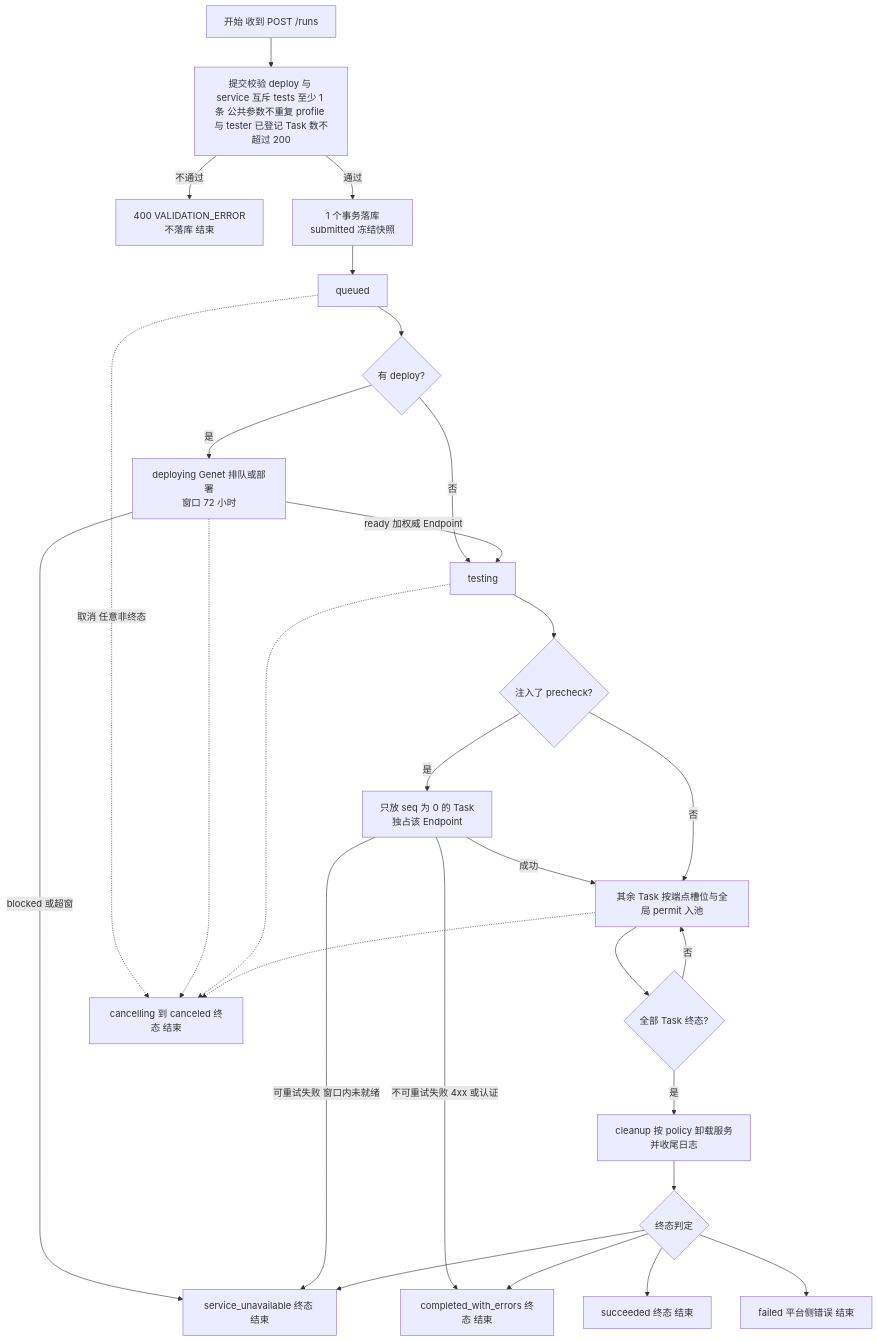
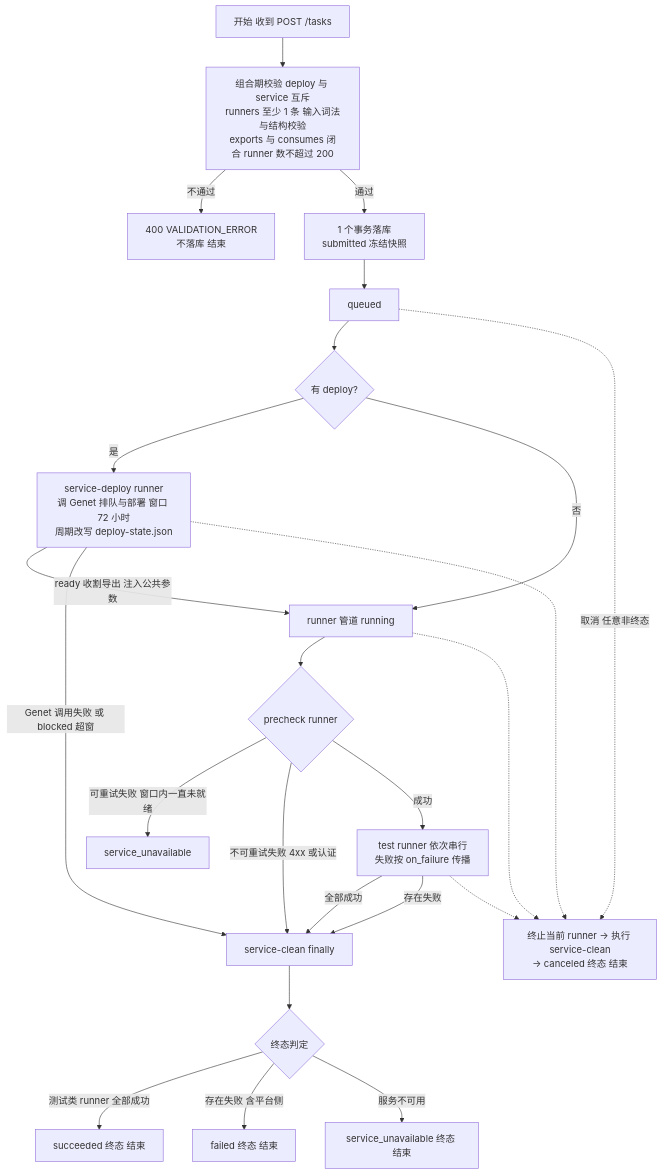
The fifth of 7 diagrams in docs/design/overall-design.md (ucm-system/testplane), drawn with Mermaid before and after one commit. The commit also changed other lines of this file and 471 other files, not shown here.

````diff
--- a/docs/design/overall-design.md
+++ b/docs/design/overall-design.md
@@ -393,31 +402,26 @@
 ```mermaid
 flowchart TD
-  ST0["开始 收到 POST /runs"]
-  ST0 --> VAL["提交校验 deploy 与 service 互斥 tests 至少 1 条 公共参数不重复 profile 与 tester 已登记 Task 数不超过 200"]
+  ST0["开始 收到 POST /tasks"] --> VAL["组合期校验 deploy 与 service 互斥<br/>runners 至少 1 条 输入词法与结构校验<br/>exports 与 consumes 闭合 runner 数不超过 200"]
   VAL -->|"不通过"| BAD["400 VALIDATION_ERROR<br/>不落库 结束"]
   VAL -->|"通过"| S1["1 个事务落库<br/>submitted 冻结快照"]
   S1 --> QD["queued"]
   QD --> HD{"有 deploy?"}
-  HD -->|"是"| DEP["deploying Genet 排队或部署<br/>窗口 72 小时"]
-  HD -->|"否"| TST["testing"]
-  DEP -->|"ready 加权威 Endpoint"| TST
-  DEP -->|"blocked 或超窗"| SU["service_unavailable 终态 结束"]
-  TST --> PC{"注入了 precheck?"}
-  PC -->|"是"| PCR["只放 seq 为 0 的 Task<br/>独占该 Endpoint"]
-  PCR -->|"可重试失败 窗口内未就绪"| SU
-  PCR -->|"不可重试失败 4xx 或认证"| CWE["completed_with_errors 终态 结束"]
-  PCR -->|"成功"| POOL["其余 Task 按端点槽位与全局 permit 入池"]
-  PC -->|"否"| POOL
-  POOL --> ALL{"全部 Task 终态?"}
-  ALL -->|"否"| POOL
-  ALL -->|"是"| CL["cleanup 按 policy 卸载服务并收尾日志"]
+  HD -->|"是"| DEP["service-deploy runner<br/>调 Genet 排队与部署 窗口 72 小时<br/>周期改写 deploy-state.json"]
+  HD -->|"否"| RUN["runner 管道 running"]
+  DEP -->|"ready 收割导出 注入公共参数"| RUN
+  DEP -->|"Genet 调用失败 或 blocked 超窗"| CL["service-clean finally"]
+  RUN --> PC{"precheck runner"}
+  PC -->|"可重试失败 窗口内一直未就绪"| SU["service_unavailable"]
+  PC -->|"不可重试失败 4xx 或认证"| CL
+  PC -->|"成功"| TS["test runner 依次串行<br/>失败按 on_failure 传播"]
+  TS -->|"全部成功"| CL
+  TS -->|"存在失败"| CL
   CL --> FIN{"终态判定"}
-  FIN --> OK["succeeded 终态 结束"]
-  FIN --> CWE
-  FIN --> FAIL["failed 平台侧错误 结束"]
-  FIN --> SU
-  QD -.->|"取消 任意非终态"| CX["cancelling 到 canceled 终态 结束"]
+  FIN -->|"测试类 runner 全部成功"| OK["succeeded 终态 结束"]
+  FIN -->|"存在失败 含平台侧"| FAIL["failed 终态 结束"]
+  FIN -->|"服务不可用"| SU2["service_unavailable 终态 结束"]
+  QD -.->|"取消 任意非终态"| CX["终止当前 runner → 执行 service-clean<br/>→ canceled 终态 结束"]
   DEP -.-> CX
-  TST -.-> CX
-  POOL -.-> CX
+  RUN -.-> CX
+  TS -.-> CX
 ```
````
